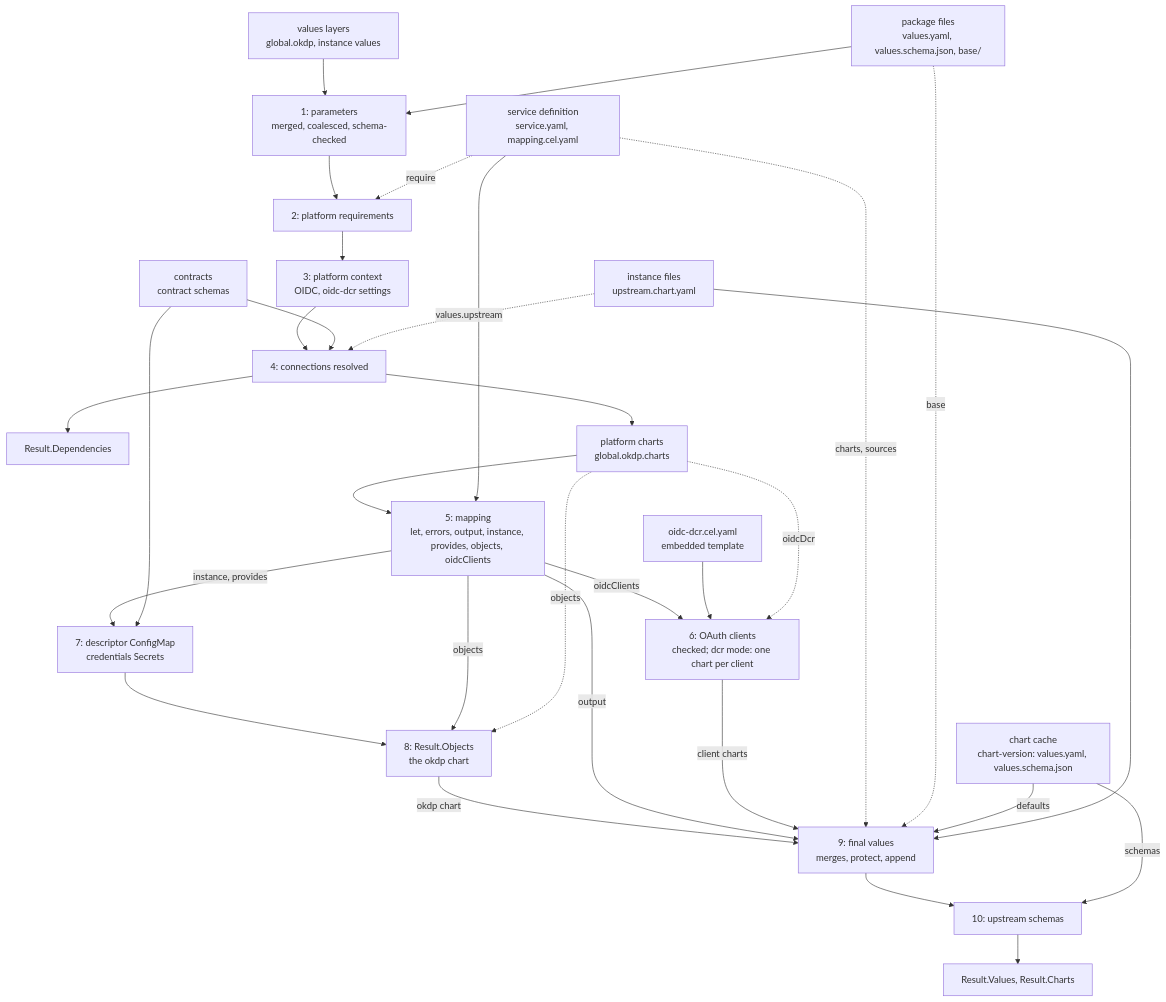
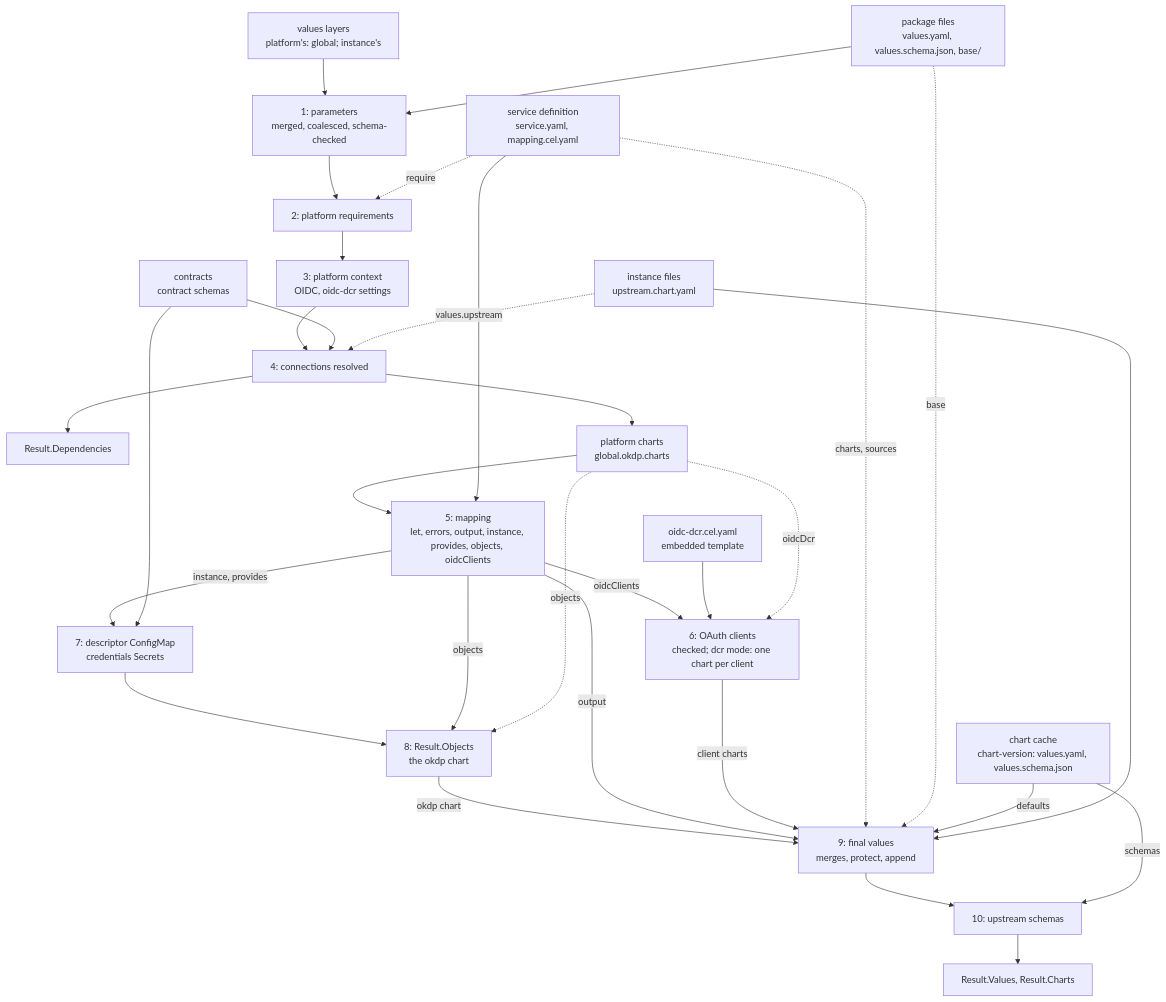
Before and after one commit to OKDP/okdp-compiler: the diagram in docs/00_architecture.md, drawn with Mermaid. The commit also changed other lines of this file and 17 other files, not shown here.

Commit message:
feat!: take global from the platform's values layers only (--platform, Inputs.Platform)

````diff
--- a/docs/00_architecture.md
+++ b/docs/00_architecture.md
@@ -44,41 +44,41 @@
 ```mermaid
 flowchart TD
   def["service definition<br/>service.yaml, mapping.cel.yaml"]
   pkg["package files<br/>values.yaml, values.schema.json, base/"]
-  layers["values layers<br/>global.okdp, instance values"]
+  layers["values layers<br/>platform's: global; instance's"]
   contracts["contracts<br/>contract schemas"]
   cache["chart cache<br/>chart-version: values.yaml, values.schema.json"]
   files["instance files<br/>upstream.chart.yaml"]
   tmpl["oidc-dcr.cel.yaml<br/>embedded template"]
 
   layers --> s1["1: parameters<br/>merged, coalesced, schema-checked"]
   pkg --> s1
   s1 --> s2["2: platform requirements"]
   def -. require .-> s2
   s2 --> s3["3: platform context<br/>OIDC, oidc-dcr settings"]
   s3 --> s4["4: connections resolved"]
   contracts --> s4
   s4 --> deps["Result.Dependencies"]
   s4 --> pc["platform charts<br/>global.okdp.charts"]
   pc --> s5["5: mapping<br/>let, errors, output, instance, provides, objects, oidcClients"]
   def --> s5
   s5 -- oidcClients --> s6["6: OAuth clients<br/>checked; dcr mode: one chart per client"]
   tmpl --> s6
   pc -. oidcDcr .-> s6
   s5 -- "instance, provides" --> s7["7: descriptor ConfigMap<br/>credentials Secrets"]
   contracts --> s7
   s7 --> s8["8: Result.Objects<br/>the okdp chart"]
   s5 -- objects --> s8
   pc -. objects .-> s8
   s8 -- "okdp chart" --> s9
   s5 -- output --> s9["9: final values<br/>merges, protect, append"]
   s6 -- "client charts" --> s9
   def -. "charts, sources" .-> s9
   pkg -. base .-> s9
   cache -- defaults --> s9
   files -. "values.upstream" .-> s4
   files --> s9
   s9 --> s10["10: upstream schemas"]
   cache -- schemas --> s10
   s10 --> vals["Result.Values, Result.Charts"]
 ```
````
